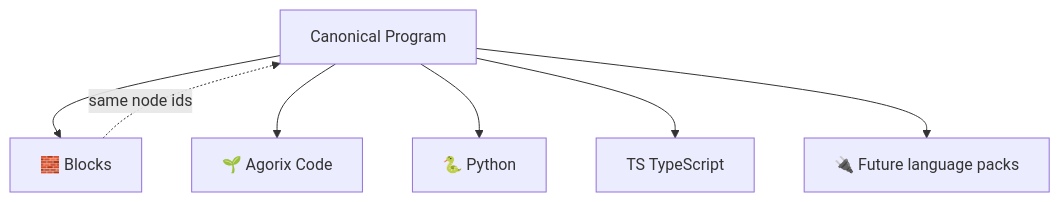
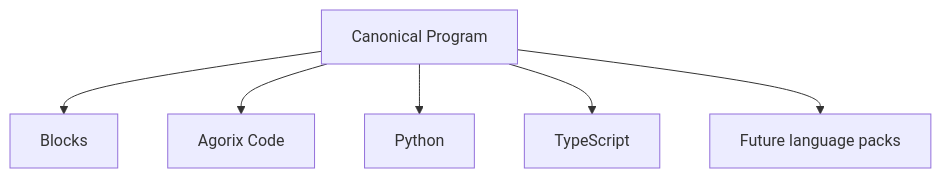
One commit to Modern-Ash/agorix changed the fifth of 16 diagrams in README.md. Above: the diagram before and after it, drawn with Mermaid. The commit also changed other lines of this file, not shown here.

Commit message:
docs: make Mermaid diagrams GitHub-safe

````diff
--- a/README.md
+++ b/README.md
@@ -183,12 +180,9 @@
 ```mermaid
 flowchart TB
-    CP["Canonical Program"]
-
-    CP --> B["🧱 Blocks"]
-    CP --> A["🌱 Agorix Code"]
-    CP --> P["🐍 Python"]
-    CP --> T["TS TypeScript"]
-    CP --> L["🔌 Future language packs"]
-
-    B -. "same node ids" .-> CP
+    CP[Canonical Program]
+    CP --> B[Blocks]
+    CP --> A[Agorix Code]
+    CP --> P[Python]
+    CP --> T[TypeScript]
+    CP --> L[Future language packs]
 ```
````
